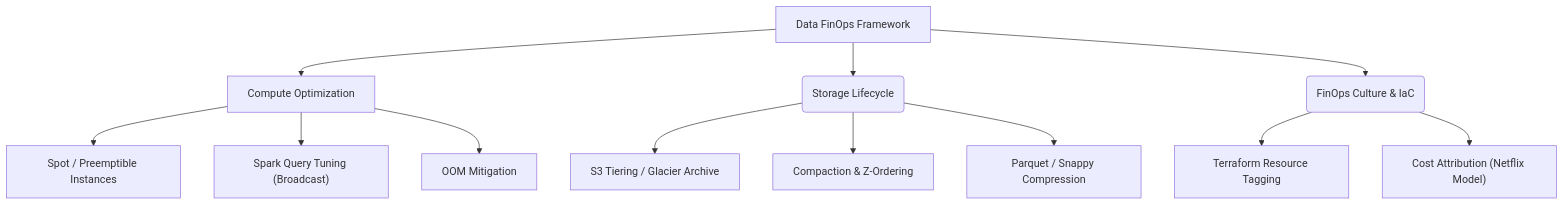
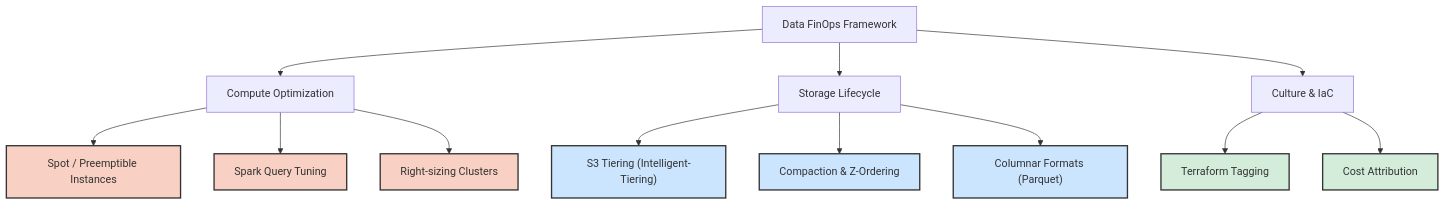
The diagram in src/content/docs/concepts/8-security-governance-finops/finops-data-engineering.md (kythuatdulieu/kythuatdulieu.github.io), drawn with Mermaid before and after one commit. The commit also changed other lines of this file and 1 other file, not shown here.

````diff
--- a/src/content/docs/concepts/8-security-governance-finops/finops-data-engineering.md
+++ b/src/content/docs/concepts/8-security-governance-finops/finops-data-engineering.md
@@ -29,17 +43,21 @@
 ```mermaid
 graph TD
+    classDef compute fill:#f9d0c4,stroke:#333,stroke-width:2px;
+    classDef storage fill:#cce5ff,stroke:#333,stroke-width:2px;
+    classDef culture fill:#d4edda,stroke:#333,stroke-width:2px;
+
     A["Data FinOps Framework"] --> B["Compute Optimization"]
-    A --> C("Storage Lifecycle")
-    A --> D("FinOps Culture & IaC")
+    A --> C["Storage Lifecycle"]
+    A --> D["Culture & IaC"]
     
-    B --> B1["Spot / Preemptible Instances"]
-    B --> B2["Spark Query Tuning (Broadcast)"]
-    B --> B3["OOM Mitigation"]
+    B --> B1["Spot / Preemptible Instances"]:::compute
+    B --> B2["Spark Query Tuning"]:::compute
+    B --> B3["Right-sizing Clusters"]:::compute
     
-    C --> C1["S3 Tiering / Glacier Archive"]
-    C --> C2["Compaction & Z-Ordering"]
-    C --> C3["Parquet / Snappy Compression"]
+    C --> C1["S3 Tiering (Intelligent-Tiering)"]:::storage
+    C --> C2["Compaction & Z-Ordering"]:::storage
+    C --> C3["Columnar Formats (Parquet)"]:::storage
     
-    D --> D1["Terraform Resource Tagging"]
-    D --> D2["Cost Attribution (Netflix Model)"]
+    D --> D1["Terraform Tagging"]:::culture
+    D --> D2["Cost Attribution"]:::culture
 ```
````
